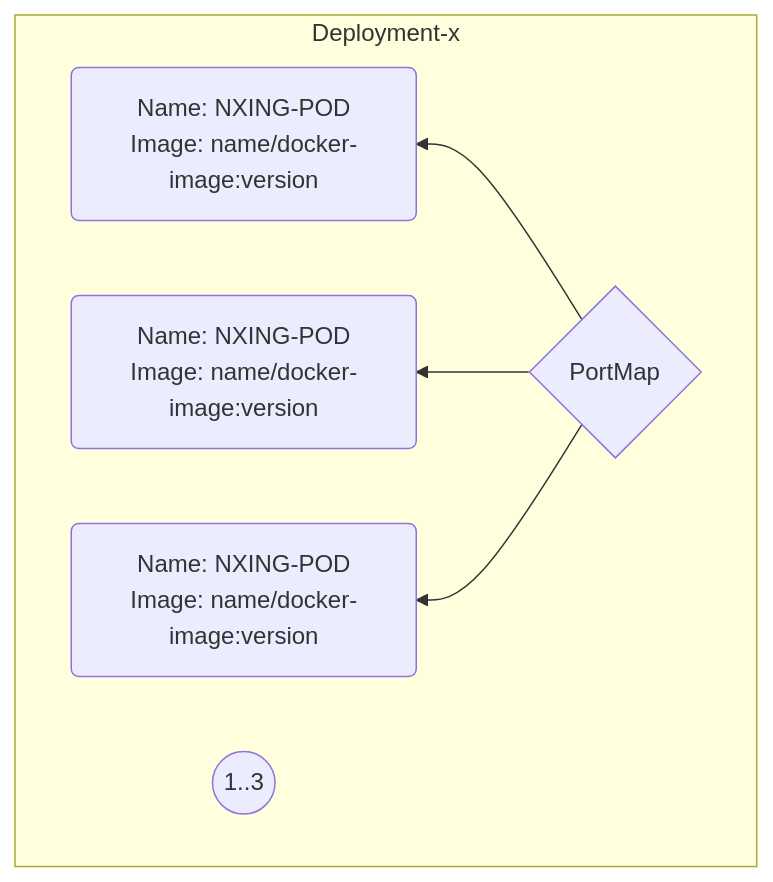
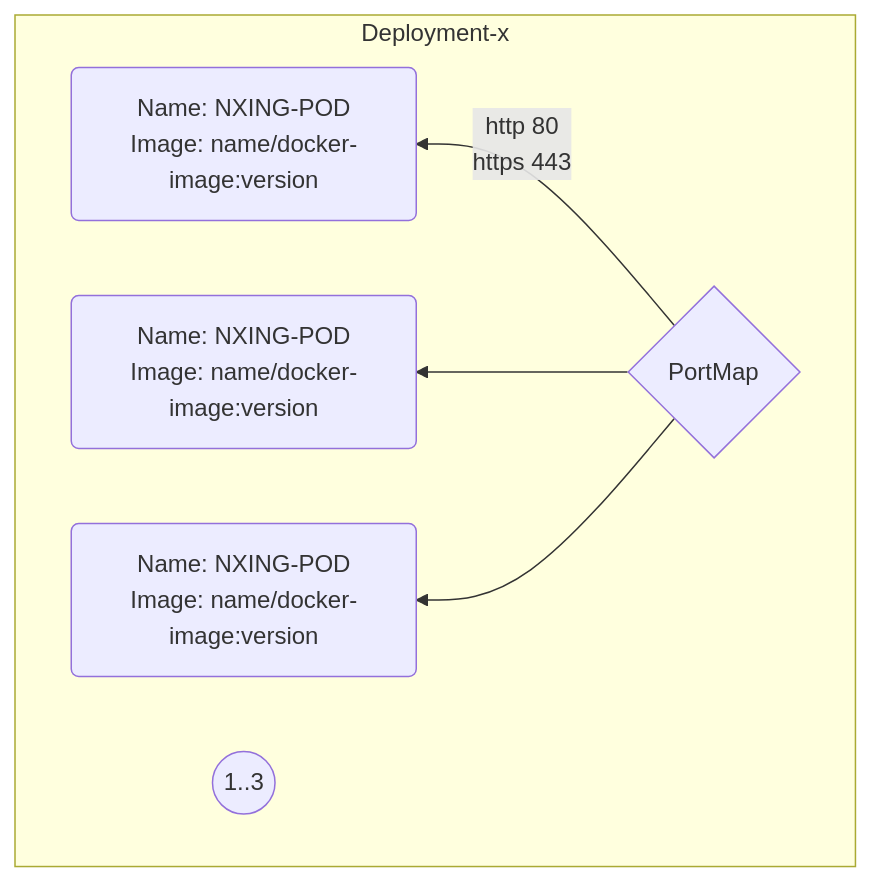
Before and after one commit to TimRoos98/rendering: the first of 3 diagrams in README.md, drawn with Mermaid.

````diff
--- a/README.md
+++ b/README.md
@@ -1,15 +1,16 @@
 ```mermaid
 flowchart TD
     subgraph Deployment-x
         direction RL
         G{PortMap}
         scalar((1..3))
-        G-->Container-1("`Name: NXING-POD
+        G--http 80
+            https 443-->Container-1("`Name: NXING-POD
                         Image: name/docker-image:version`")
         G-->Container-2("`Name: NXING-POD
                         Image: name/docker-image:version`")
         G-->Container-3("`Name: NXING-POD
                         Image: name/docker-image:version`")
     end
 
 ```
````
